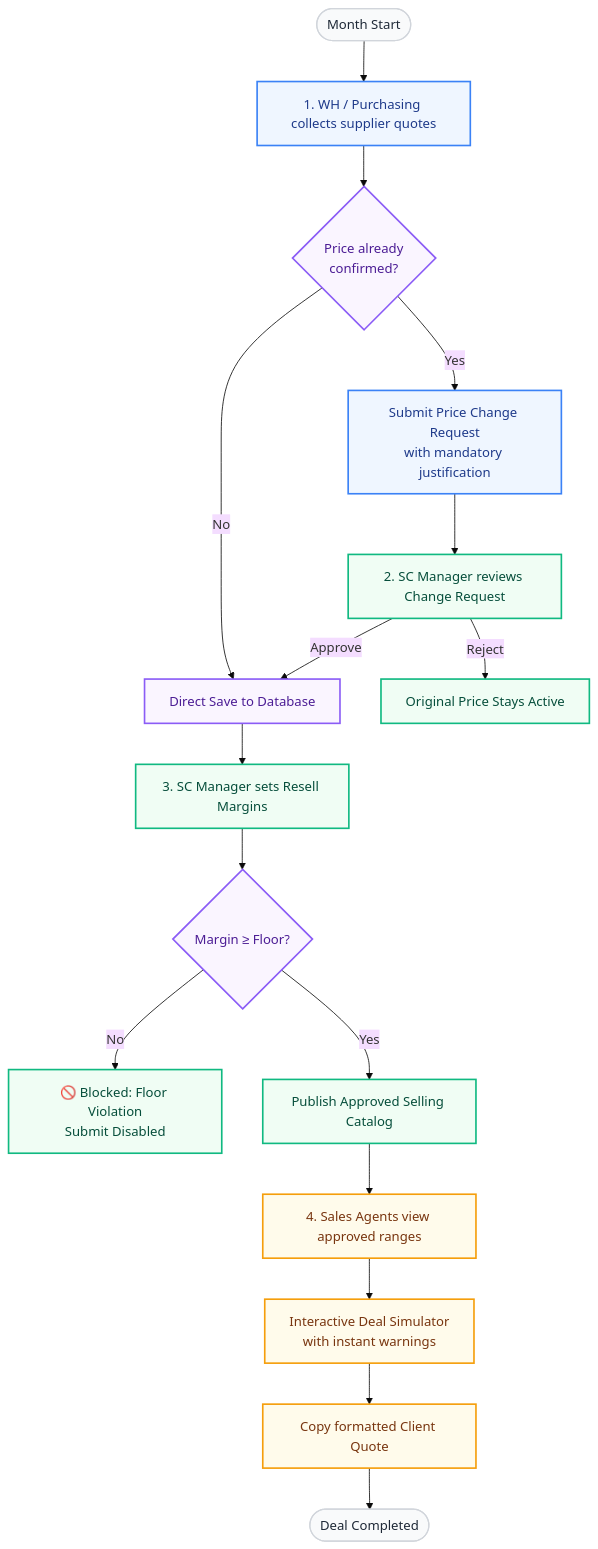
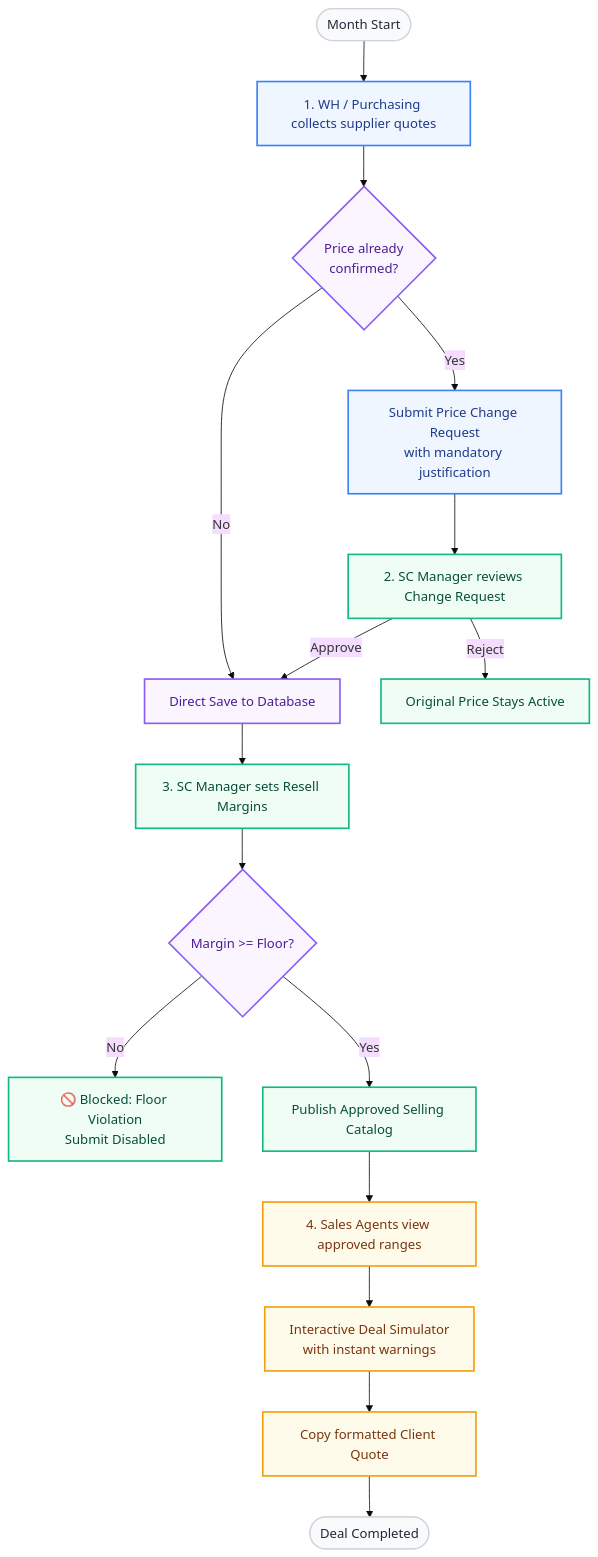
One commit to alielsheikh-max/faerp changed the diagram in CLIENT_OVERVIEW.md. Above: the diagram before and after it, drawn with Mermaid (base theme). The commit also changed 1 other file, not shown here.

Commit message:
fix: resolve syntax parsing error in Mermaid flowchart blocks

````diff
--- a/CLIENT_OVERVIEW.md
+++ b/CLIENT_OVERVIEW.md
@@ -11,30 +11,30 @@
 ```mermaid
 flowchart TD
     %% Styling
     classDef default fill:#f9fafb,stroke:#d1d5db,stroke-width:1.5px,color:#1f2937;
     classDef wh fill:#eff6ff,stroke:#3b82f6,stroke-width:2px,color:#1e3a8a;
     classDef sc fill:#f0fdf4,stroke:#10b981,stroke-width:2px,color:#064e3b;
     classDef sa fill:#fffbeb,stroke:#f59e0b,stroke-width:2px,color:#78350f;
     classDef sys fill:#faf5ff,stroke:#8b5cf6,stroke-width:2px,color:#4c1d95;
 
-    Start([Month Start]) --> WH[1. WH / Purchasing collects supplier quotes]:::wh
-    WH --> CheckConfirmed{Price already\nconfirmed?}:::sys
+    Start([Month Start]) --> WH["1. WH / Purchasing collects supplier quotes"]:::wh
+    WH --> CheckConfirmed{"Price already<br/>confirmed?"}:::sys
     
-    CheckConfirmed -- Yes --> Request[Submit Price Change Request\nwith mandatory justification]:::wh
-    CheckConfirmed -- No --> SaveDirect[Direct Save to Database]:::sys
+    CheckConfirmed -- Yes --> Request["Submit Price Change Request<br/>with mandatory justification"]:::wh
+    CheckConfirmed -- No --> SaveDirect["Direct Save to Database"]:::sys
     
-    Request --> SCReview[2. SC Manager reviews Change Request]:::sc
+    Request --> SCReview["2. SC Manager reviews Change Request"]:::sc
     SCReview -- Approve --> SaveDirect
-    SCReview -- Reject --> RejectNotify[Original Price Stays Active]:::sc
+    SCReview -- Reject --> RejectNotify["Original Price Stays Active"]:::sc
     
-    SaveDirect --> SCMargin[3. SC Manager sets Resell Margins]:::sc
-    SCMargin --> FloorCheck{Margin ≥ Floor?}:::sys
+    SaveDirect --> SCMargin["3. SC Manager sets Resell Margins"]:::sc
+    SCMargin --> FloorCheck{"Margin >= Floor?"}:::sys
     
-    FloorCheck -- No --> Block[🚫 Blocked: Floor Violation\nSubmit Disabled]:::sc
-    FloorCheck -- Yes --> Publish[Publish Approved Selling Catalog]:::sc
+    FloorCheck -- No --> Block["🚫 Blocked: Floor Violation<br/>Submit Disabled"]:::sc
+    FloorCheck -- Yes --> Publish["Publish Approved Selling Catalog"]:::sc
     
-    Publish --> SA[4. Sales Agents view approved ranges]:::sa
-    SA --> DealSim[Interactive Deal Simulator\nwith instant warnings]:::sa
-    DealSim --> CopyQuote[Copy formatted Client Quote]:::sa
+    Publish --> SA["4. Sales Agents view approved ranges"]:::sa
+    SA --> DealSim["Interactive Deal Simulator<br/>with instant warnings"]:::sa
+    DealSim --> CopyQuote["Copy formatted Client Quote"]:::sa
     CopyQuote --> End([Deal Completed])
 ```
````
